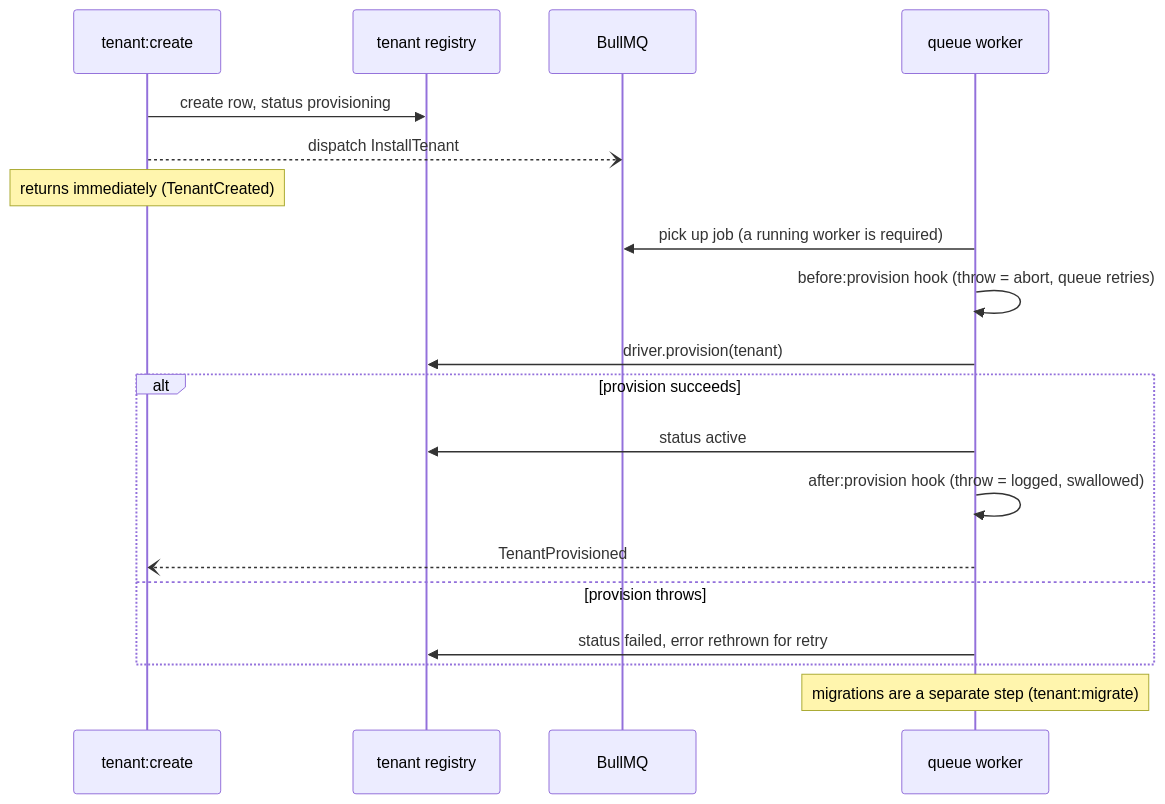
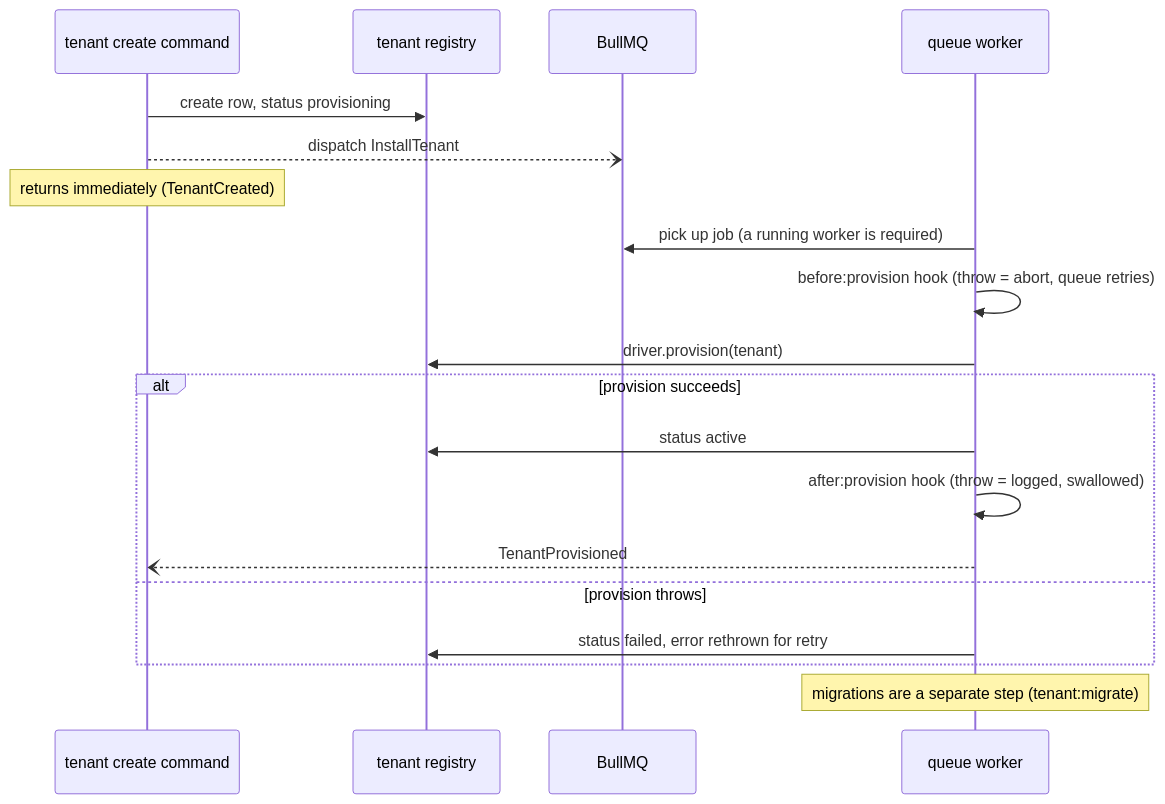
One commit to Arcoders/Adonisjs-lasagna-saas-tenancy changed the diagram in docs/docs/jobs.md. Above: the diagram before and after it, drawn with Mermaid. The commit also changed other lines of this file and 3 other files, not shown here.

Commit message:
docs(diagrams): fix the nine review findings across the new mermaid pages

````diff
--- a/docs/docs/jobs.md
+++ b/docs/docs/jobs.md
@@ -47,21 +47,21 @@
 ```mermaid
 sequenceDiagram
-  participant C as tenant:create
+  participant C as tenant create command
   participant DB as tenant registry
   participant Q as BullMQ
   participant W as queue worker
   C->>DB: create row, status provisioning
   C--)Q: dispatch InstallTenant
   Note over C: returns immediately (TenantCreated)
   W->>Q: pick up job (a running worker is required)
   W->>W: before:provision hook (throw = abort, queue retries)
   W->>DB: driver.provision(tenant)
   alt provision succeeds
     W->>DB: status active
     W->>W: after:provision hook (throw = logged, swallowed)
     W--)C: TenantProvisioned
   else provision throws
     W->>DB: status failed, error rethrown for retry
   end
   Note over W: migrations are a separate step (tenant:migrate)
 ```
````
